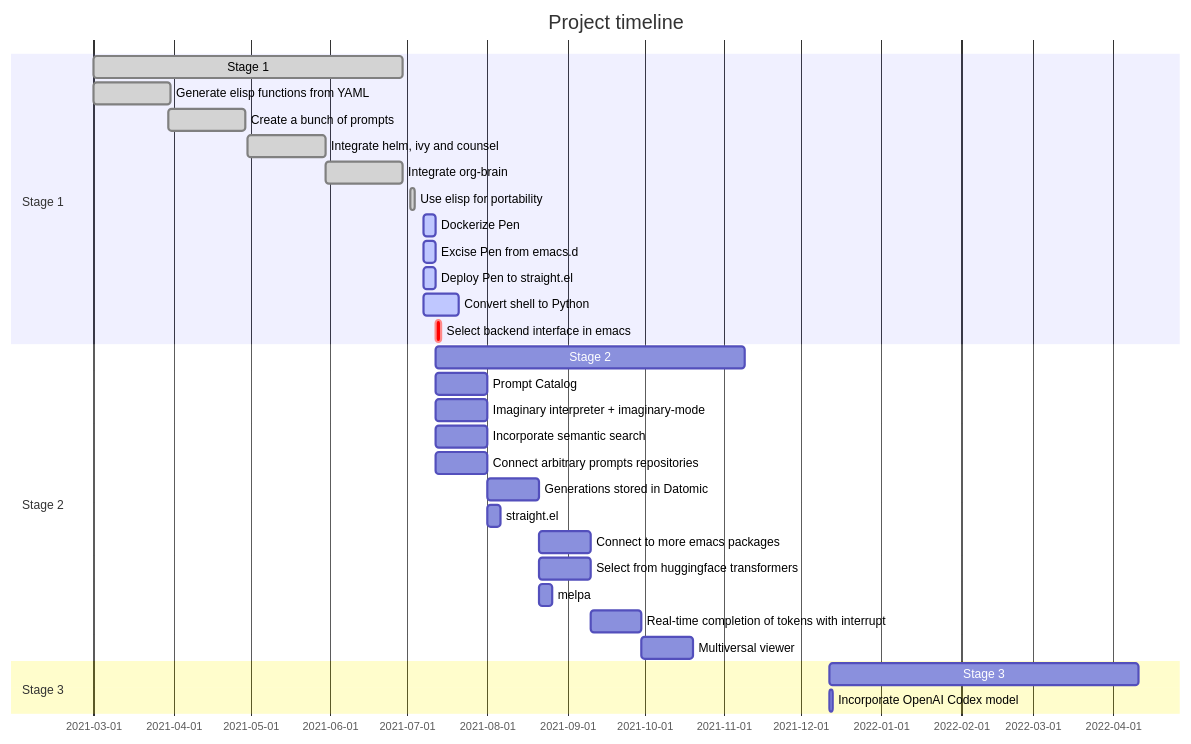
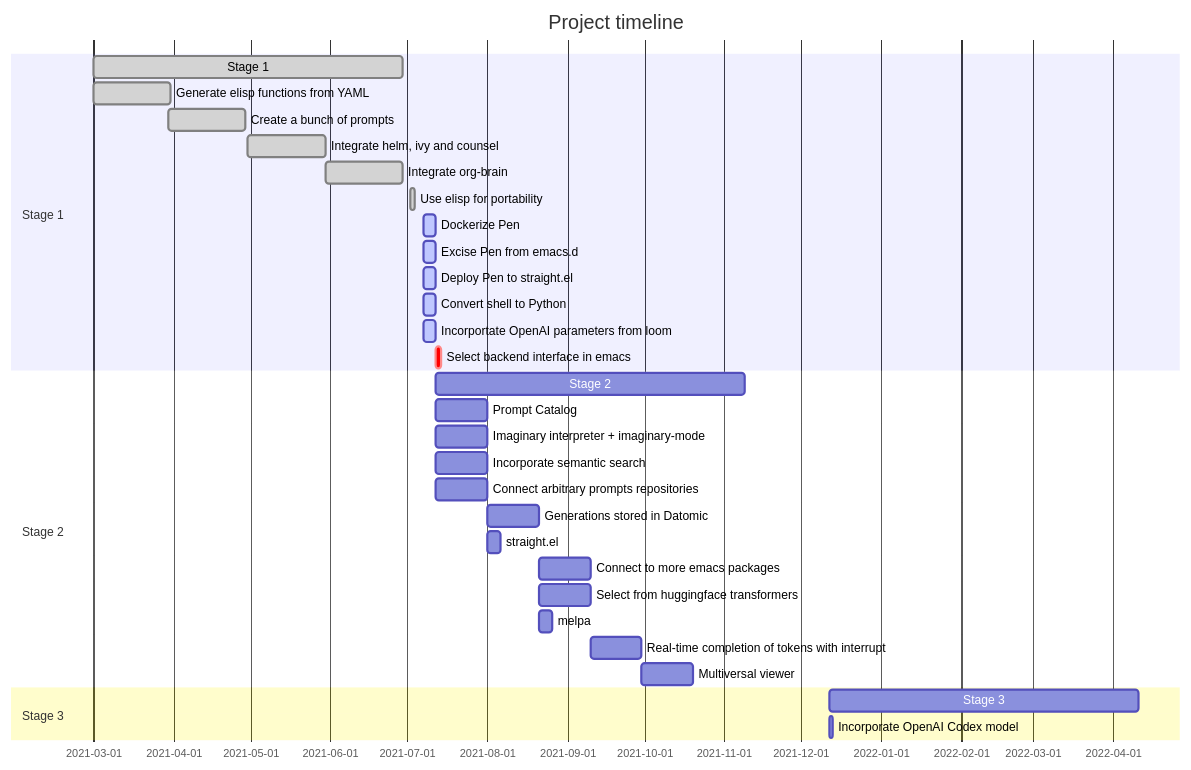
The diagram in docs/README.org (semiosis/pen.el), drawn with Mermaid before and after one commit. The commit also changed 1 other file, not shown here.

Commit message:
Wed 07 Jul 2021 19:56:20

```diff
--- a/docs/README.org
+++ b/docs/README.org
@@ -31,33 +31,34 @@
 #+BEGIN_SRC mermaid :results raw :file project-timeline.png
   gantt
           title Project timeline
           dateFormat  YYYY-MM-DD
           section Stage 1
           Stage 1  :done, :s1, 2021-03-01, 120d
           Generate elisp functions from YAML  :done,  :a1, 2021-03-01, 30d
           Create a bunch of prompts  :done,   :a3, 2021-03-30, 30d
           Integrate helm, ivy and counsel  :done,   :a4, 2021-04-30, 30d
           Integrate org-brain  :done,   :a5, 2021-05-30, 30d
           Use elisp for portability :done,  :b2, 2021-07-02, 2d
           Dockerize Pen : active, b3, after b2 , 5d
-          Excise Pen from emacs.d: active, b3, after b2 , 5d
-          Deploy Pen to straight.el: active, b3, after b2 , 5d
-          Convert shell to Python : active, b4, after b2 , 14d
+          Excise Pen from emacs.d: active, b3.1, after b2 , 5d
+          Deploy Pen to straight.el: active, b3.2, after b2 , 5d
+          Convert shell to Python : active, b4, after b2 , 5d
+          Incorportate OpenAI parameters from loom : active, b4, after b2 , 5d
           Select backend interface in emacs :crit, after b3, 2d
           section Stage 2
           Stage 2  :s2, 2021-07-12, 120d
           Prompt Catalog : b6a, 2021-07-12, 20d
           Imaginary interpreter + imaginary-mode : b11, 2021-07-12, 20d
           Incorporate semantic search : b12, 2021-07-12, 20d
           Connect arbitrary prompts repositories : b6, 2021-07-12, 20d
           Generations stored in Datomic : b7, after b6, 20d
           straight.el : b13, after b6, 5d
           Connect to more emacs packages : b8, after b7 , 20d
           Select from huggingface transformers : b15, after b7 , 20d
           melpa : b14, after b7 , 5d
           Real-time completion of tokens with interrupt : b9, after b8, 20d
           Multiversal viewer : b10, after b9, 20d
           section Stage 3
           Stage 3  :s3, 2021-12-12, 120d
           Incorporate OpenAI Codex model : c1, 2021-12-12, 1d
 #+END_SRC
```
